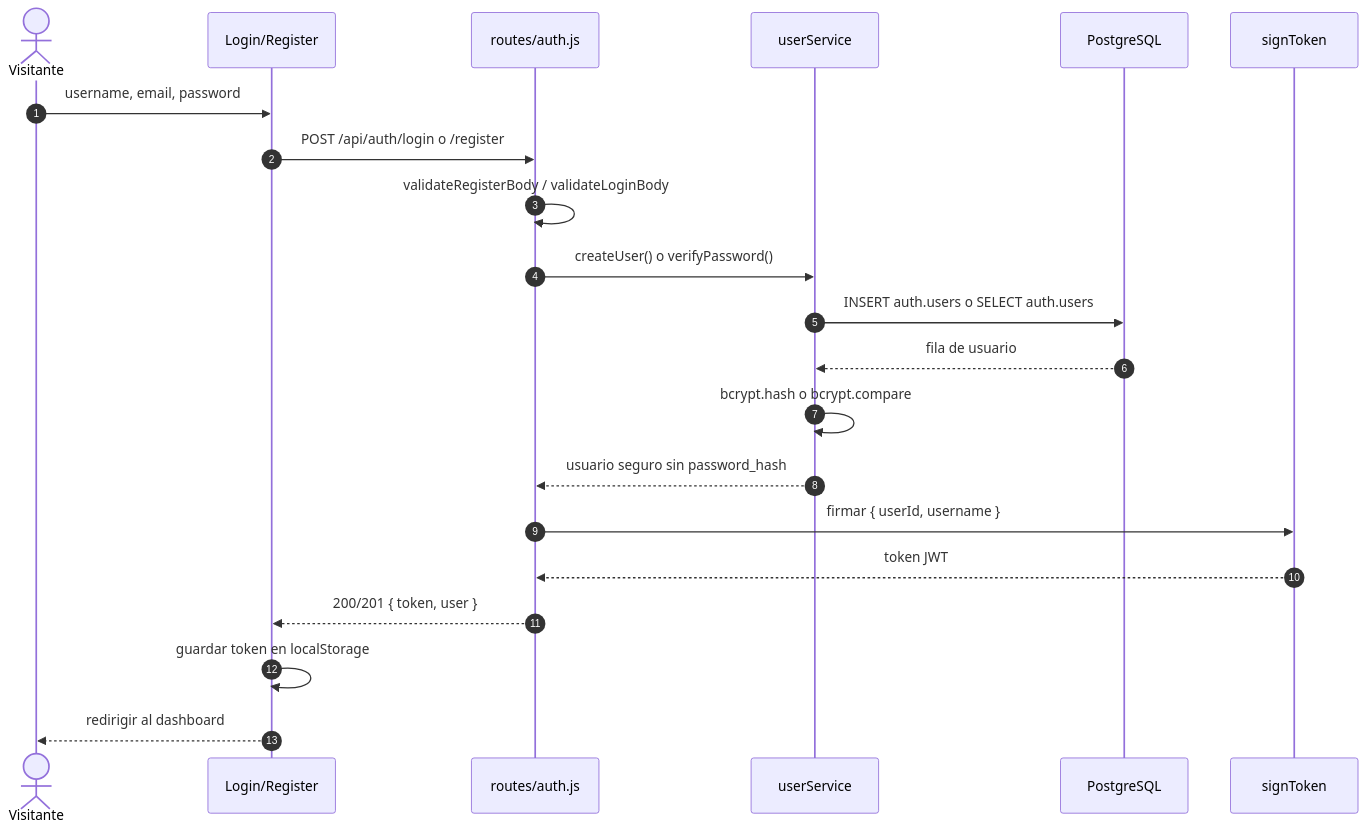
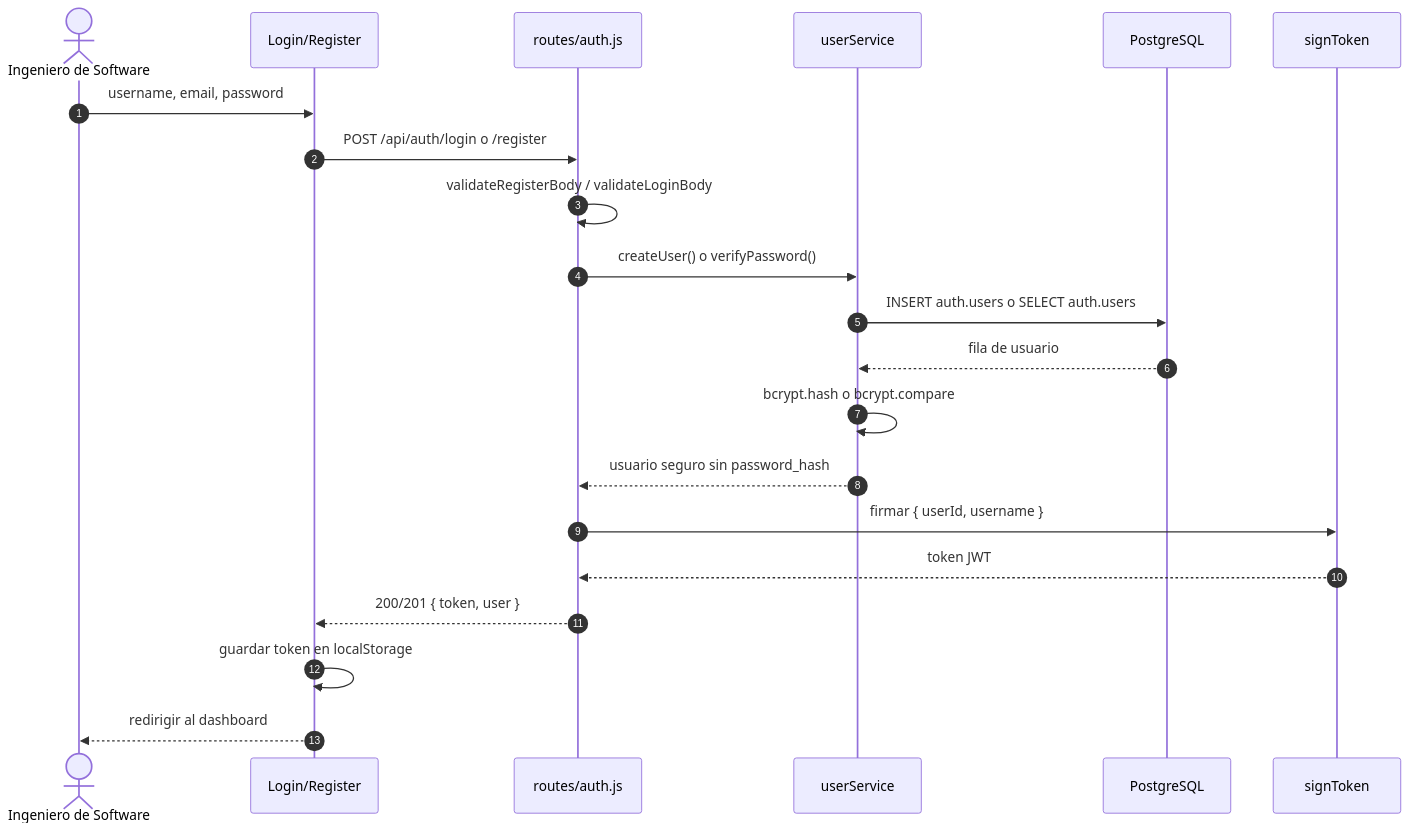
Before and after one commit to juandani11/case-tool-colaborativo: the third of 8 diagrams in Documentacion_Segundo_Parcial/02_Analisis.md, drawn with Mermaid. The commit also changed 20 other files, not shown here.

````diff
--- a/Documentacion_Segundo_Parcial/02_Analisis.md
+++ b/Documentacion_Segundo_Parcial/02_Analisis.md
@@ -305,24 +305,24 @@
 ```mermaid
 sequenceDiagram
     autonumber
-    actor V as Visitante
+    actor V as Ingeniero de Software
     participant UI as Login/Register
     participant API as routes/auth.js
     participant US as userService
     participant DB as PostgreSQL
     participant JWT as signToken
 
     V->>UI: username, email, password
     UI->>API: POST /api/auth/login o /register
     API->>API: validateRegisterBody / validateLoginBody
     API->>US: createUser() o verifyPassword()
     US->>DB: INSERT auth.users o SELECT auth.users
     DB-->>US: fila de usuario
     US->>US: bcrypt.hash o bcrypt.compare
     US-->>API: usuario seguro sin password_hash
     API->>JWT: firmar { userId, username }
     JWT-->>API: token JWT
     API-->>UI: 200/201 { token, user }
     UI->>UI: guardar token en localStorage
     UI-->>V: redirigir al dashboard
 ```
````
